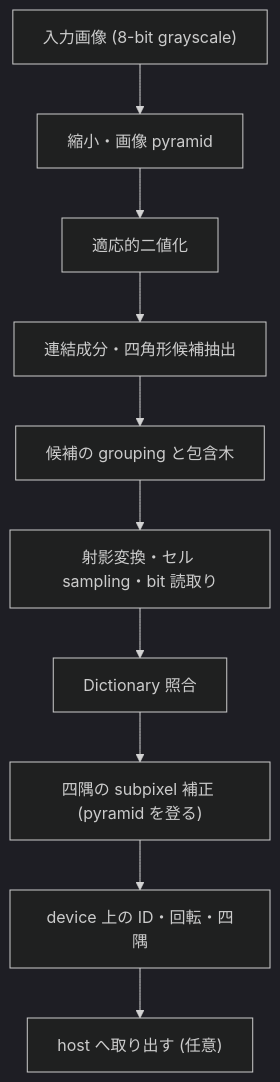
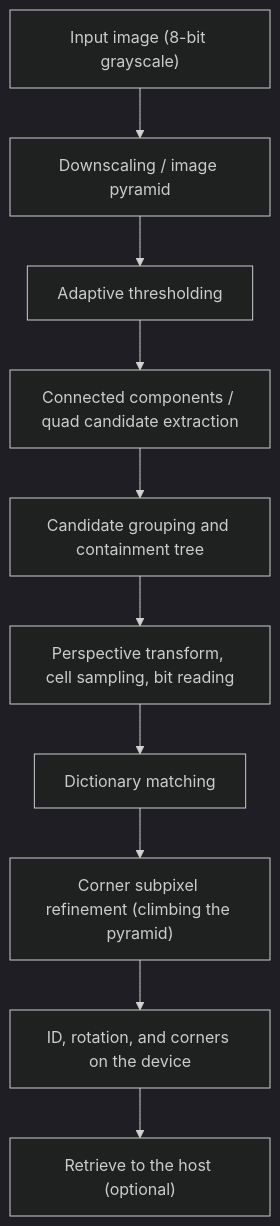
The diagram in docs/project-overview.md (MasakazuTobeta/ArUco3-CUDA), drawn with Mermaid (dark theme) before and after one commit. The commit also changed other lines of this file and 187 other files, not shown here.

````diff
--- a/docs/project-overview.md
+++ b/docs/project-overview.md
@@ -61,12 +61,12 @@
 ```mermaid
 flowchart TD
-    A["入力画像 (8-bit grayscale)"] --> B["縮小・画像 pyramid"]
-    B --> C["適応的二値化"]
-    C --> D["連結成分・四角形候補抽出"]
-    D --> E["候補の grouping と包含木"]
-    E --> F["射影変換・セル sampling・bit 読取り"]
-    F --> G["Dictionary 照合"]
-    G --> H["四隅の subpixel 補正 (pyramid を登る)"]
-    H --> I["device 上の ID・回転・四隅"]
-    I --> J["host へ取り出す (任意)"]
+    A["Input image (8-bit grayscale)"] --> B["Downscaling / image pyramid"]
+    B --> C["Adaptive thresholding"]
+    C --> D["Connected components / quad candidate extraction"]
+    D --> E["Candidate grouping and containment tree"]
+    E --> F["Perspective transform, cell sampling, bit reading"]
+    F --> G["Dictionary matching"]
+    G --> H["Corner subpixel refinement (climbing the pyramid)"]
+    H --> I["ID, rotation, and corners on the device"]
+    I --> J["Retrieve to the host (optional)"]
 ```
````
